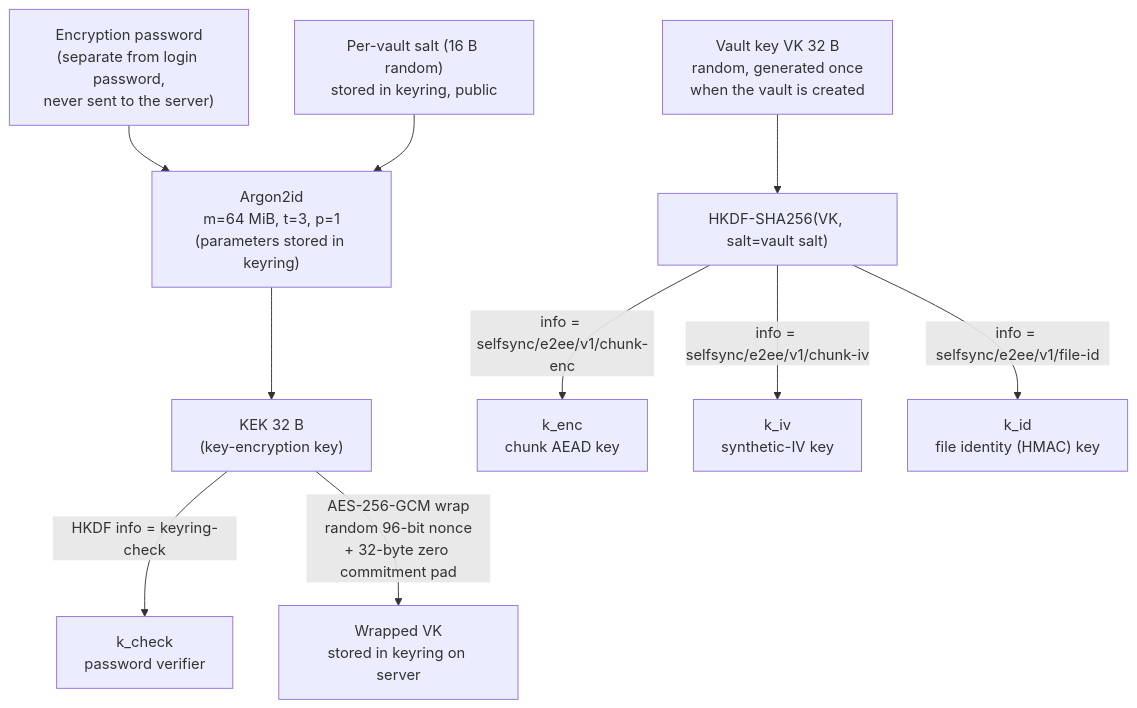
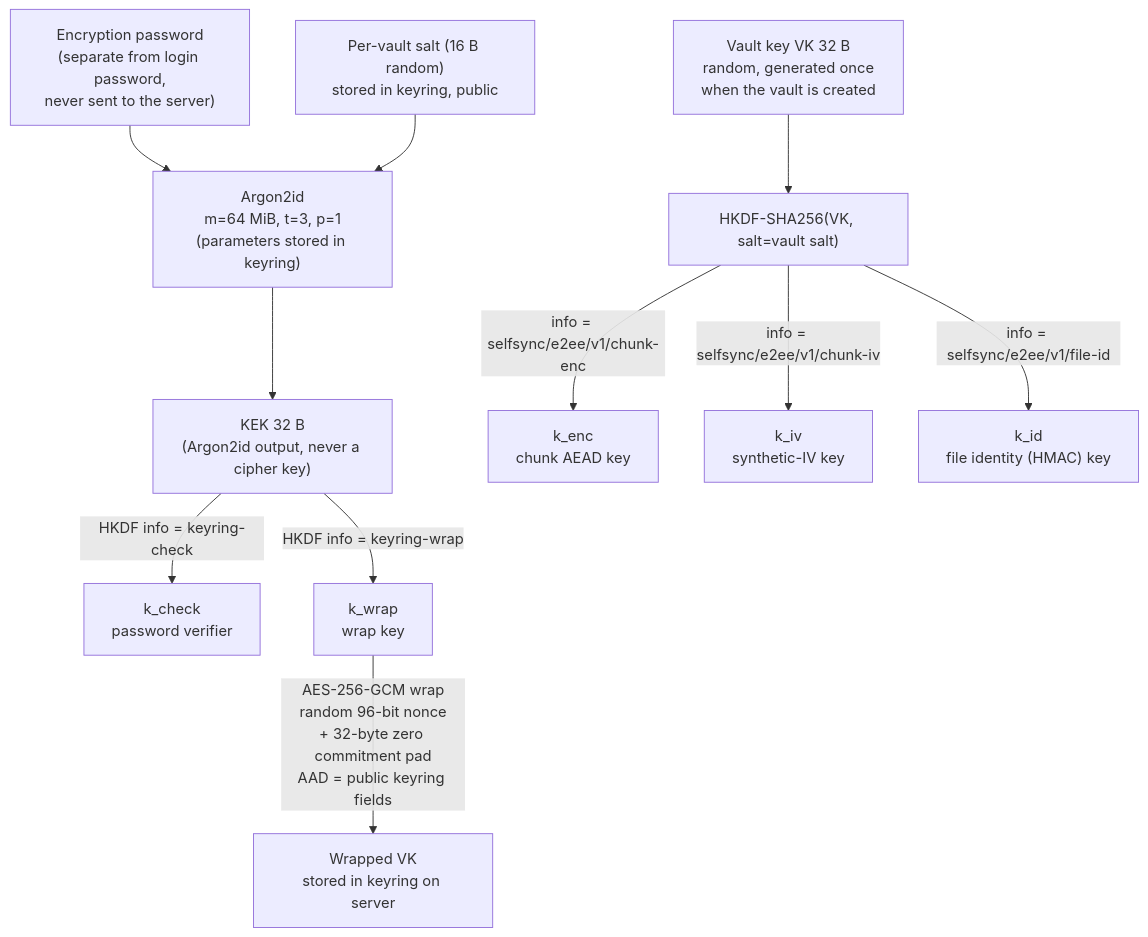
The first of 4 diagrams in docs/design/specs/2026-11-10-e2ee-design.md (williamweatherholtz/obsidian-selfsync), drawn with Mermaid before and after one commit. The commit also changed other lines of this file and 17 other files, not shown here.

````diff
--- a/docs/design/specs/2026-11-10-e2ee-design.md
+++ b/docs/design/specs/2026-11-10-e2ee-design.md
@@ -95,15 +111,16 @@
 ```mermaid
 flowchart TD
     P["Encryption password<br/>(separate from login password,<br/>never sent to the server)"]
     S["Per-vault salt (16 B random)<br/>stored in keyring, public"]
     P --> KDF["Argon2id<br/>m=64 MiB, t=3, p=1<br/>(parameters stored in keyring)"]
     S --> KDF
-    KDF --> KEK["KEK 32 B<br/>(key-encryption key)"]
+    KDF --> KEK["KEK 32 B<br/>(Argon2id output, never a cipher key)"]
     KEK -- "HKDF info = keyring-check" --> KC["k_check<br/>password verifier"]
+    KEK -- "HKDF info = keyring-wrap" --> KW["k_wrap<br/>wrap key"]
     VK["Vault key VK 32 B<br/>random, generated once<br/>when the vault is created"]
-    KEK -- "AES-256-GCM wrap<br/>random 96-bit nonce<br/>+ 32-byte zero commitment pad" --> WVK["Wrapped VK<br/>stored in keyring on server"]
+    KW -- "AES-256-GCM wrap<br/>random 96-bit nonce<br/>+ 32-byte zero commitment pad<br/>AAD = public keyring fields" --> WVK["Wrapped VK<br/>stored in keyring on server"]
     VK --> HK["HKDF-SHA256(VK, salt=vault salt)"]
     HK -- "info = selfsync/e2ee/v1/chunk-enc" --> KE["k_enc<br/>chunk AEAD key"]
     HK -- "info = selfsync/e2ee/v1/chunk-iv" --> KI["k_iv<br/>synthetic-IV key"]
     HK -- "info = selfsync/e2ee/v1/file-id" --> KF["k_id<br/>file identity (HMAC) key"]
 ```
````
